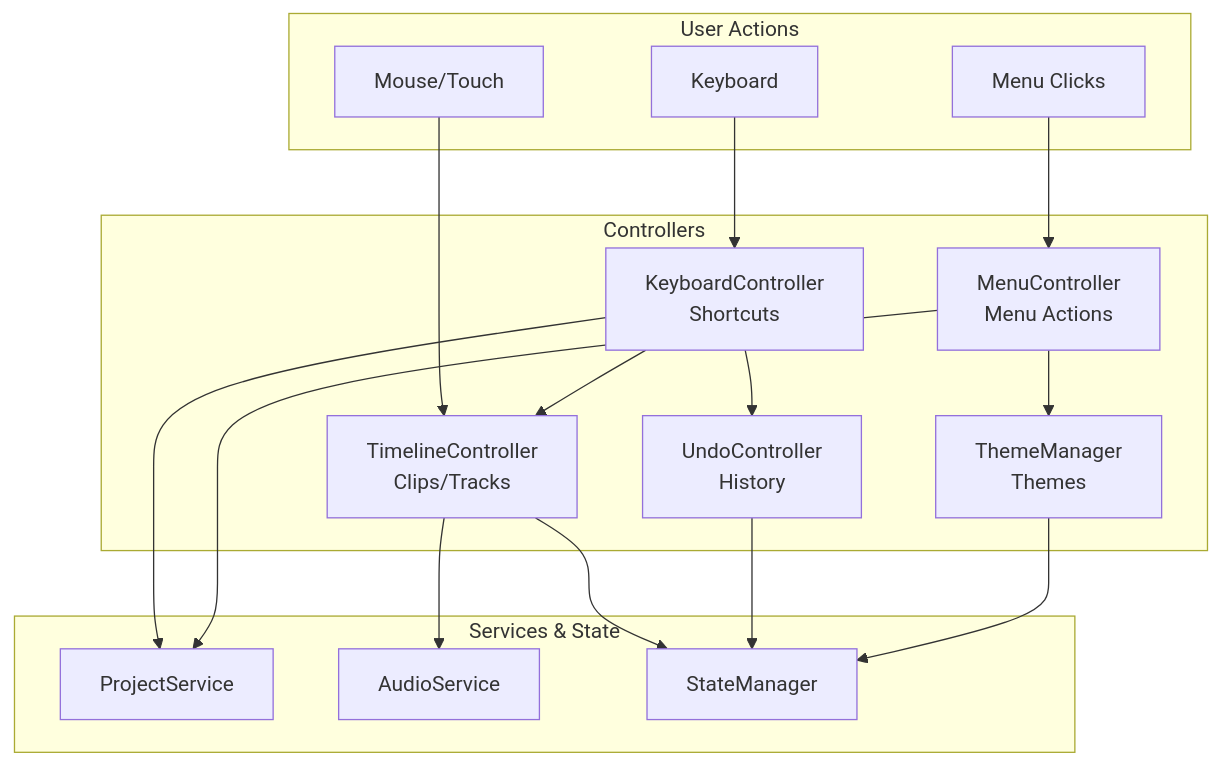
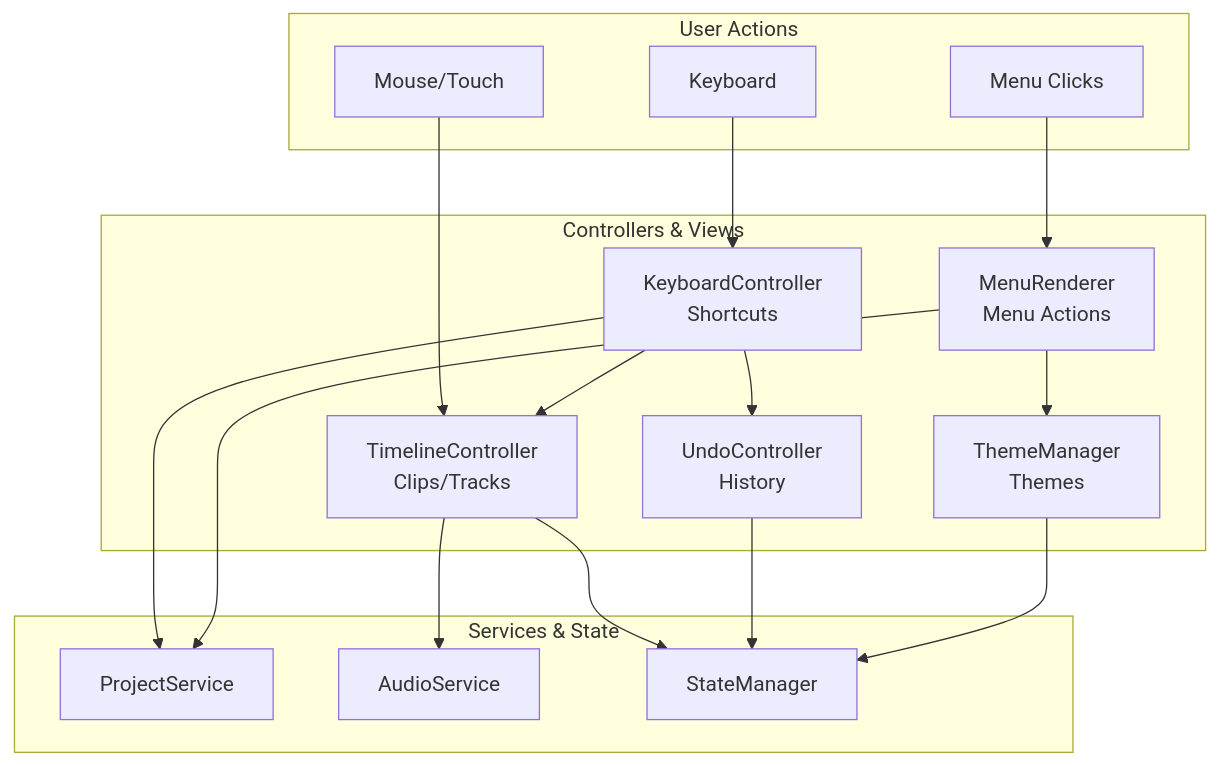
Before and after one commit to picolume/studio: the first of 3 diagrams in docs/class/05-controllers.md, drawn with Mermaid. The commit also changed other lines of this file and 6 other files, not shown here.

````diff
--- a/docs/class/05-controllers.md
+++ b/docs/class/05-controllers.md
@@ -24,32 +24,32 @@
 ```mermaid
 flowchart TB
     subgraph "User Actions"
         KEY[Keyboard]
         MOUSE[Mouse/Touch]
         MENU[Menu Clicks]
     end
 
-    subgraph "Controllers"
+    subgraph "Controllers & Views"
         KC[KeyboardController<br/>Shortcuts]
         TC[TimelineController<br/>Clips/Tracks]
-        MC[MenuController<br/>Menu Actions]
+        MR[MenuRenderer<br/>Menu Actions]
         UC[UndoController<br/>History]
         TM[ThemeManager<br/>Themes]
     end
 
     subgraph "Services & State"
         PS[ProjectService]
         AS[AudioService]
         SM[StateManager]
     end
 
     KEY --> KC
     MOUSE --> TC
-    MENU --> MC
+    MENU --> MR
 
     KC --> TC & PS & UC
     TC --> SM & AS
-    MC --> PS & TM
+    MR --> PS & TM
     UC --> SM
     TM --> SM
 ```
````
